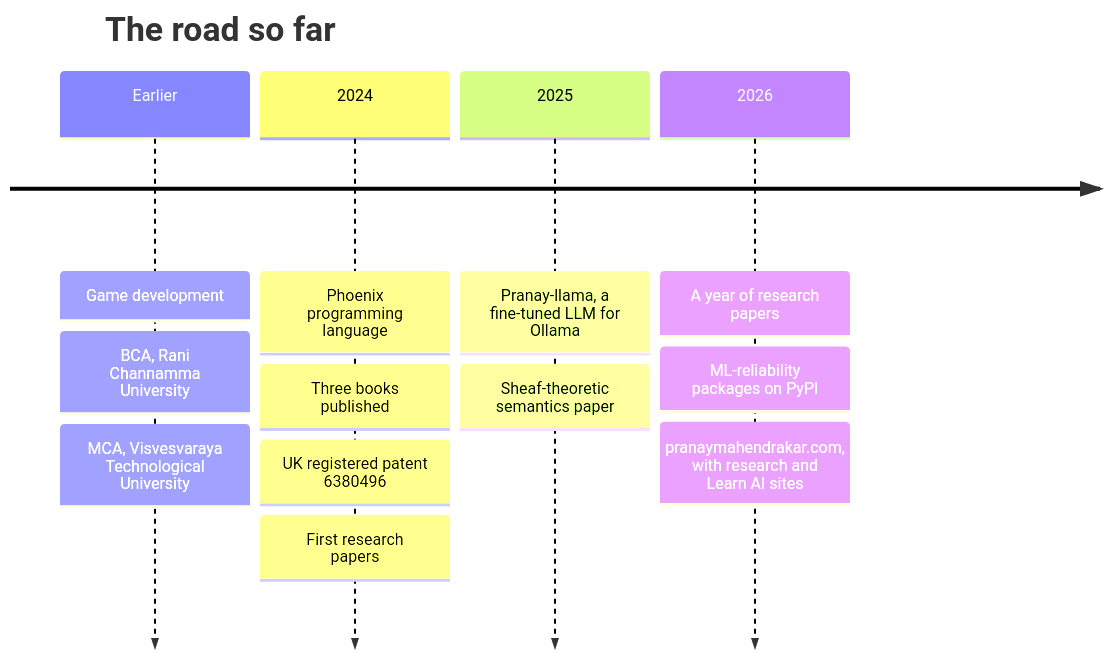
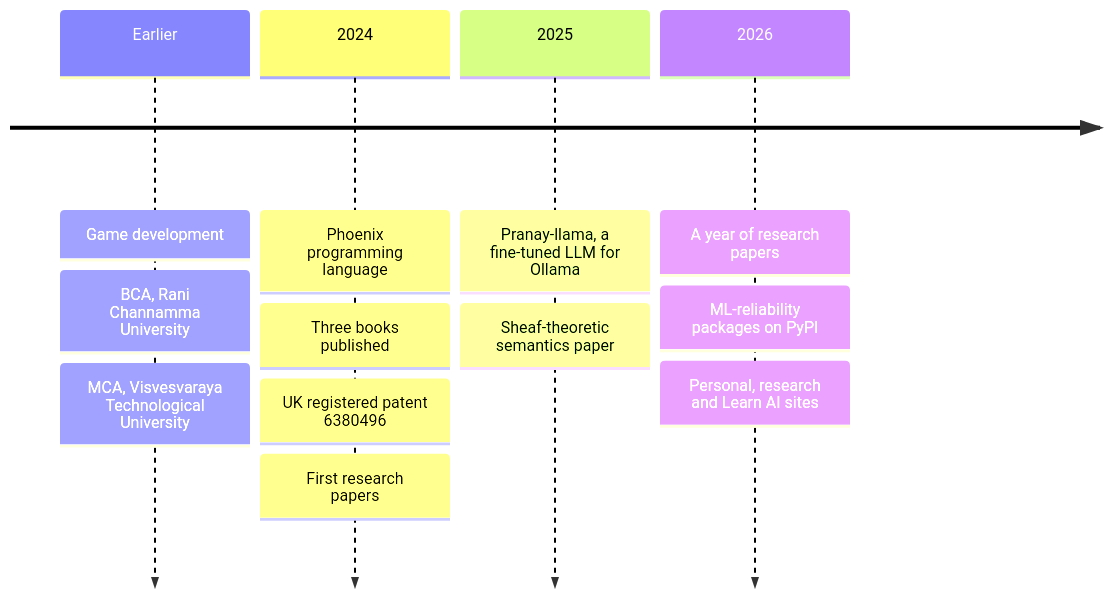
One commit to PranayMahendrakar/PranayMahendrakar changed the diagram in README.md. Above: the diagram before and after it, drawn with Mermaid. The commit also changed other lines of this file and 24 other files, not shown here.

````diff
--- a/README.md
+++ b/README.md
@@ -86,16 +84,15 @@
 ```mermaid
 timeline
-    title The road so far
     Earlier : Game development
             : BCA, Rani Channamma University
             : MCA, Visvesvaraya Technological University
     2024 : Phoenix programming language
          : Three books published
          : UK registered patent 6380496
          : First research papers
     2025 : Pranay-llama, a fine-tuned LLM for Ollama
          : Sheaf-theoretic semantics paper
     2026 : A year of research papers
          : ML-reliability packages on PyPI
-         : pranaymahendrakar.com, with research and Learn AI sites
+         : Personal, research and Learn AI sites
 ```
````
